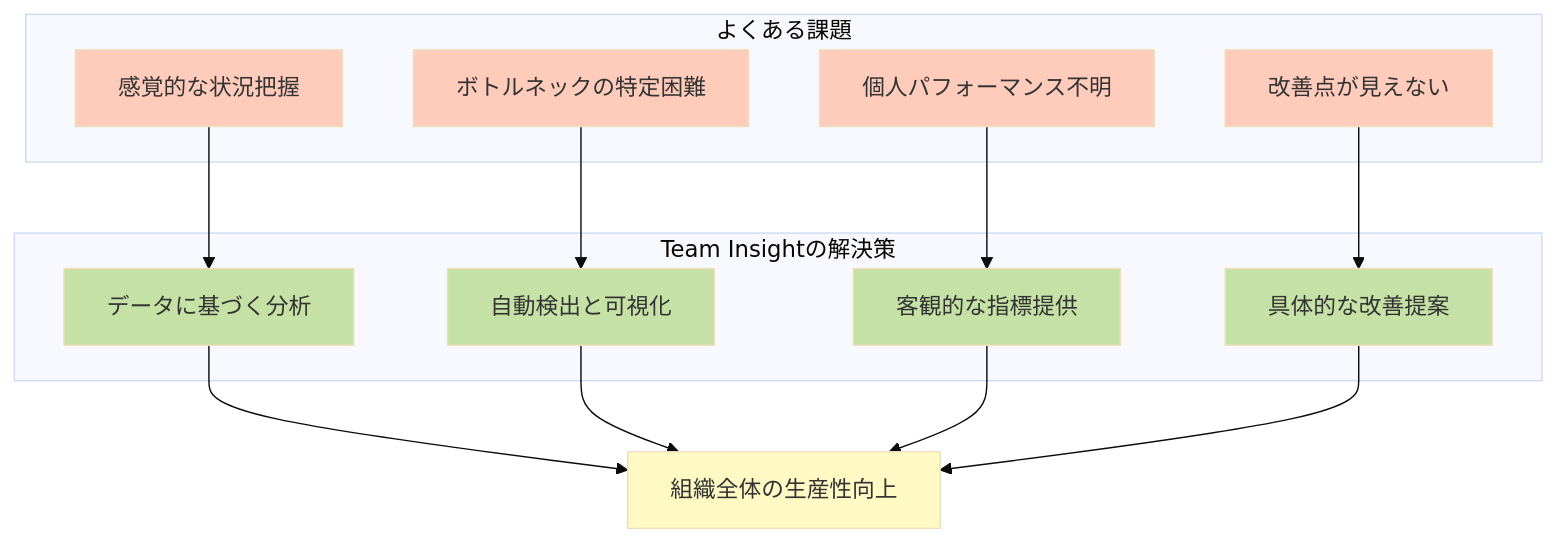
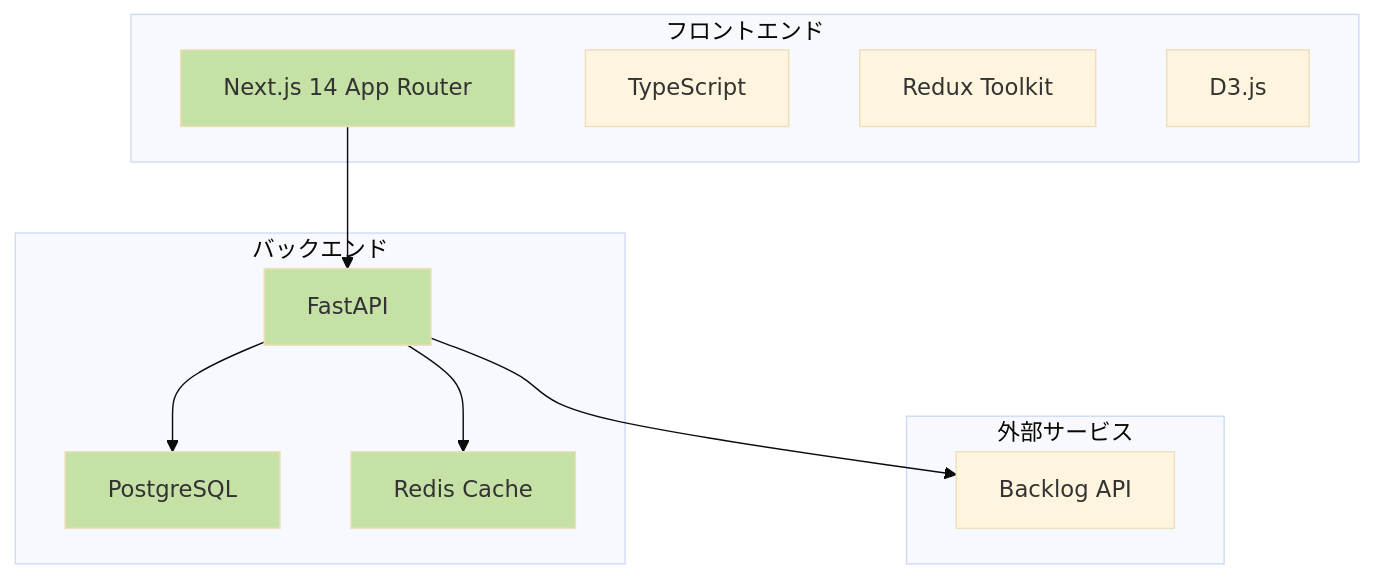
Before and after one commit to rasshii/team-insight: the first of 3 diagrams in Doc/implementation-guide.md, drawn with Mermaid (base theme). The commit also changed other lines of this file and 21 other files, not shown here.

First line of the commit message:
feat: Add Redis cache system and project selector

````diff
--- a/Doc/implementation-guide.md
+++ b/Doc/implementation-guide.md
@@ -28,36 +26,29 @@
 ```mermaid
 graph TB
-    subgraph "よくある課題"
-        A[感覚的な状況把握]
-        B[ボトルネックの特定困難]
-        C[個人パフォーマンス不明]
-        D[改善点が見えない]
+    subgraph "フロントエンド"
+        A[Next.js 14 App Router]
+        B[TypeScript]
+        C[Redux Toolkit]
+        D[D3.js]
     end
 
-    subgraph "Team Insightの解決策"
-        E[データに基づく分析]
-        F[自動検出と可視化]
-        G[客観的な指標提供]
-        H[具体的な改善提案]
+    subgraph "バックエンド"
+        E[FastAPI]
+        F[PostgreSQL]
+        G[Redis Cache]
+    end
+
+    subgraph "外部サービス"
+        H[Backlog API]
     end
 
     A --> E
-    B --> F
-    C --> G
-    D --> H
+    E --> F
+    E --> G
+    E --> H
 
-    E --> I[組織全体の生産性向上]
-    F --> I
-    G --> I
-    H --> I
-
-    style A fill:#ffccbc
-    style B fill:#ffccbc
-    style C fill:#ffccbc
-    style D fill:#ffccbc
+    style A fill:#c5e1a5
     style E fill:#c5e1a5
     style F fill:#c5e1a5
     style G fill:#c5e1a5
-    style H fill:#c5e1a5
-    style I fill:#fff9c4
 ```
````
